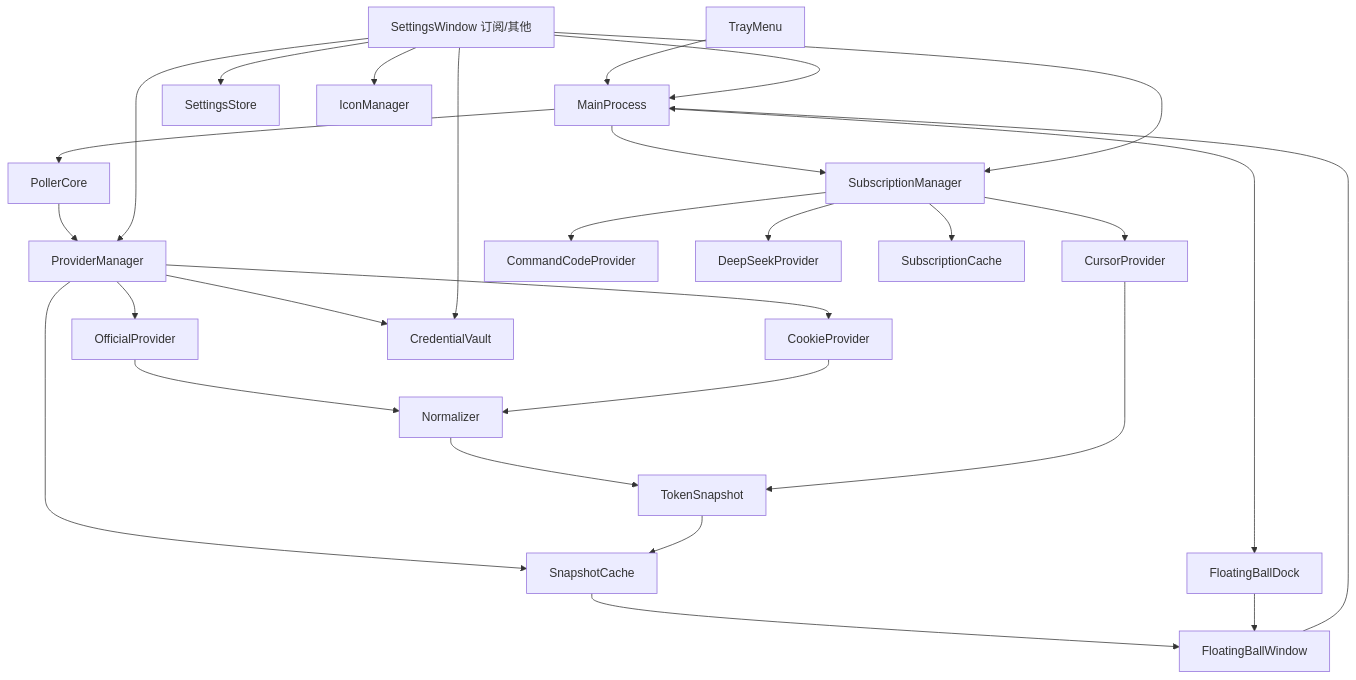
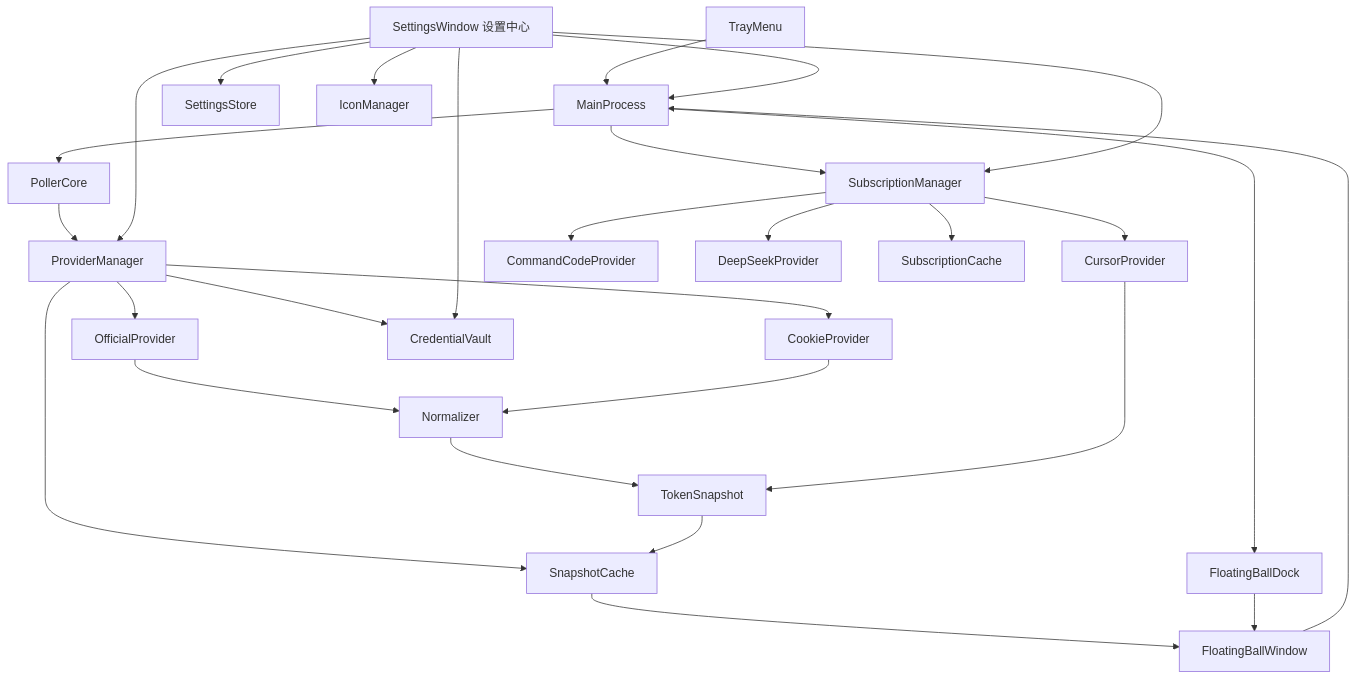
The diagram in README.md (awaker1996/cursor_monitor), drawn with Mermaid before and after one commit. The commit also changed other lines of this file and 18 other files, not shown here.

````diff
--- a/README.md
+++ b/README.md
@@ -231,30 +233,30 @@
 ```mermaid
 flowchart TD
     trayMenu[TrayMenu] --> mainProcess[MainProcess]
     floatingBall[FloatingBallWindow] --> mainProcess
-    settingsWindow[SettingsWindow 订阅/其他] --> mainProcess
+    settingsWindow[SettingsWindow 设置中心] --> mainProcess
     mainProcess --> pollerCore[PollerCore]
     pollerCore --> providerManager[ProviderManager]
     providerManager --> officialProvider[OfficialProvider]
     providerManager --> cookieProvider[CookieProvider]
     providerManager --> snapshotCache[SnapshotCache]
     officialProvider --> normalizer[Normalizer]
     cookieProvider --> normalizer
     normalizer --> tokenSnapshot[TokenSnapshot]
     tokenSnapshot --> snapshotCache
     snapshotCache --> floatingBall
     mainProcess --> subscriptionManager[SubscriptionManager]
     subscriptionManager --> cursorProvider[CursorProvider]
     subscriptionManager --> commandCodeProvider[CommandCodeProvider]
     subscriptionManager --> deepSeekProvider[DeepSeekProvider]
     subscriptionManager --> subscriptionCache[SubscriptionCache]
     cursorProvider --> tokenSnapshot
     providerManager --> credentialVault[CredentialVault]
     settingsWindow --> credentialVault
     settingsWindow --> settingsStore[SettingsStore]
     settingsWindow --> iconManager[IconManager]
     settingsWindow --> providerManager
     settingsWindow --> subscriptionManager
     mainProcess --> floatingBallDock[FloatingBallDock]
     floatingBallDock --> floatingBall
 ```
````
